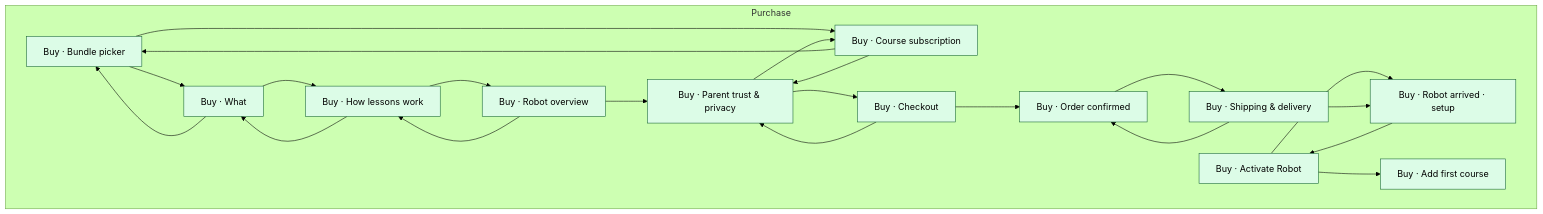
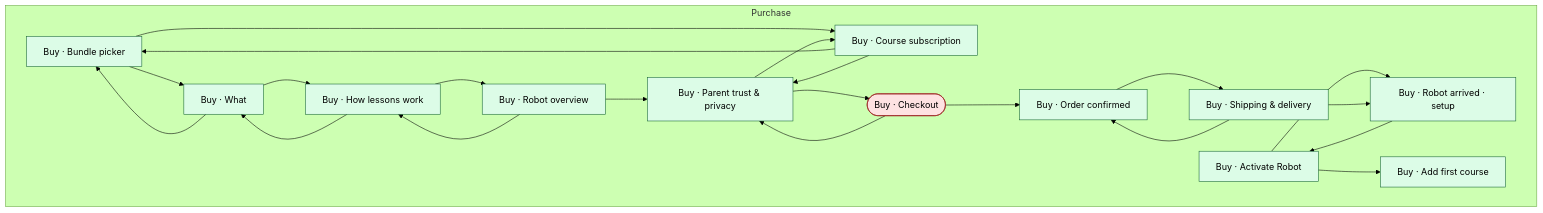
The diagram in tbot-design/docs/flows/domains/purchase/flow.mmd (JSR-Algo/TJBOT-Mobile), drawn with Mermaid (forest theme) before and after one commit. The commit also changed 31 other files, not shown here.

First line of the commit message:
flows(fixes): C1+C2+C6+R8 — kind-drop bug, edge classification, backend-leak linter, untracked policy

```diff
--- a/tbot-design/docs/flows/domains/purchase/flow.mmd
+++ b/tbot-design/docs/flows/domains/purchase/flow.mmd
@@ -1,48 +1,49 @@
-%% GENERATED FROM nav-graph-data.json sha=747476d6c24a. Do not edit by hand.
+%% GENERATED FROM nav-graph-data.json sha=9cfd302d222f. Do not edit by hand.
 %% domain: purchase
 flowchart TD
   classDef happy fill:#dcfce7,stroke:#166534
   classDef edge  fill:#fee2e2,stroke:#991b1b
   subgraph Purchase["Purchase"]
     pr_activate["Buy · Activate Robot"]
     pr_arrived["Buy · Robot arrived · setup"]
     pr_bundle["Buy · Bundle picker"]
-    pr_checkout["Buy · Checkout"]
+    pr_checkout(["Buy · Checkout"])
     pr_confirm["Buy · Order confirmed"]
     pr_first_course["Buy · Add first course"]
     pr_how["Buy · How lessons work"]
     pr_included["Buy · What"]
     pr_intro["Buy · Robot overview"]
     pr_privacy["Buy · Parent trust & privacy"]
     pr_shipping["Buy · Shipping & delivery"]
     pr_subs["Buy · Course subscription"]
   end
   pr_activate --> pr_arrived
   pr_activate --> pr_first_course
   pr_arrived --> pr_activate
   pr_bundle --> pr_included
   pr_bundle --> pr_subs
   pr_checkout --> pr_confirm
   pr_checkout --> pr_privacy
   pr_confirm --> pr_shipping
   pr_how --> pr_included
   pr_how --> pr_intro
   pr_included --> pr_bundle
   pr_included --> pr_how
   pr_intro --> pr_how
   pr_intro --> pr_privacy
   pr_privacy --> pr_checkout
   pr_privacy --> pr_subs
   pr_shipping --> pr_arrived
   pr_shipping --> pr_confirm
   pr_subs --> pr_bundle
   pr_subs --> pr_privacy
-  class pr_activate,pr_arrived,pr_bundle,pr_checkout,pr_confirm,pr_first_course,pr_how,pr_included,pr_intro,pr_privacy,pr_shipping,pr_subs happy
+  class pr_activate,pr_arrived,pr_bundle,pr_confirm,pr_first_course,pr_how,pr_included,pr_intro,pr_privacy,pr_shipping,pr_subs happy
+  class pr_checkout edge
 
 %% cross-domain outbound (handled in shared/cross-domain.flow.mmd):
 %%   pr_first_course -> cl_added (course-library)
 %%   pr_first_course -> cl_library (course-library)
 %%   pr_arrived -> dv_home (device)
 %%   pr_confirm -> dv_home (device)
 %%   pr_intro -> dv_home (device)
 %%   pr_shipping -> dv_home (device)
```
